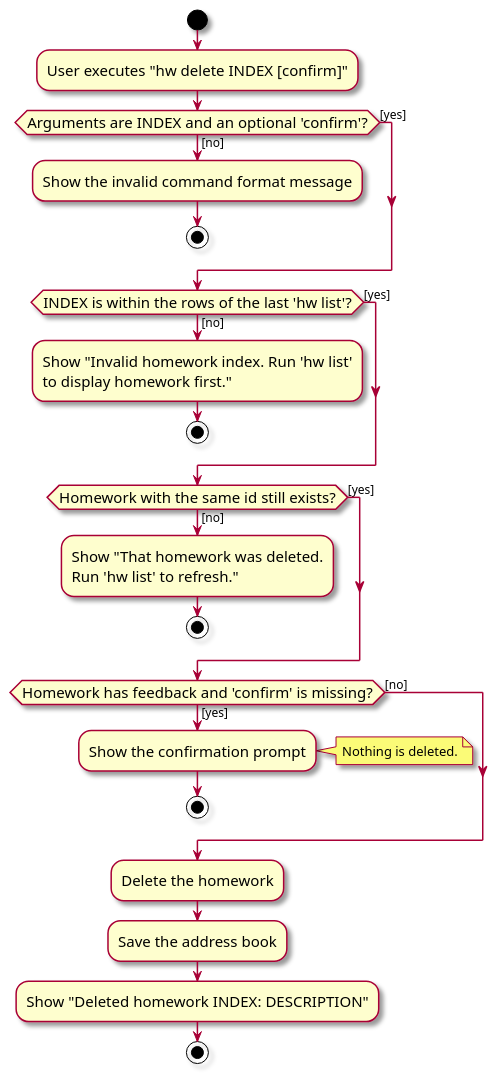
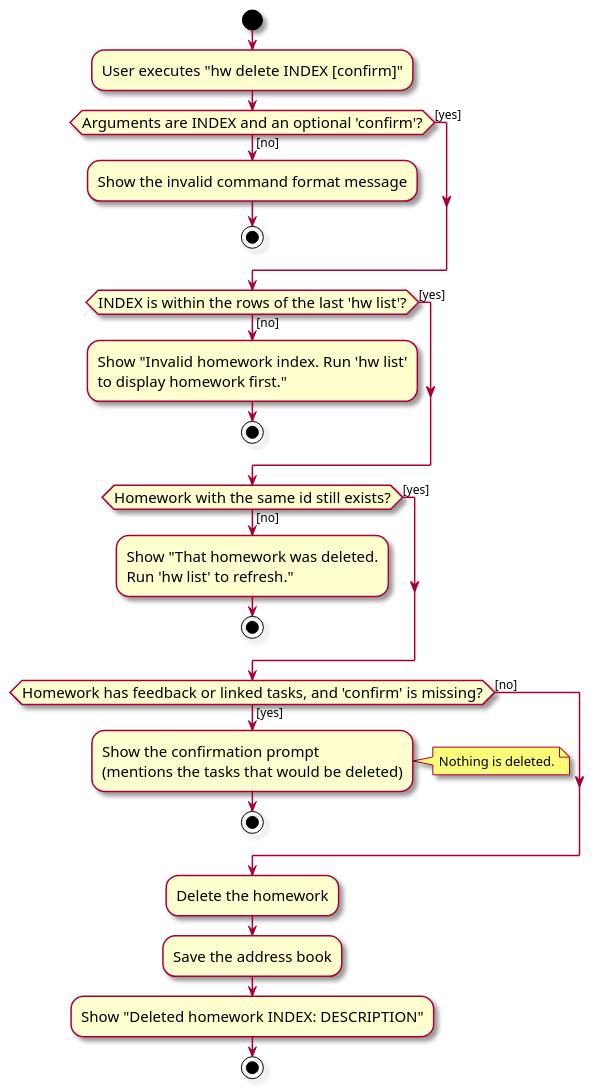
Before and after one commit to AY2627S1-CS2103T-F15-1/tp: the diagram in diagrams/HomeworkDeleteActivityDiagram.puml, drawn with PlantUML. The commit also changed 36 other files, not shown here.

```diff
--- a/diagrams/HomeworkDeleteActivityDiagram.puml
+++ b/diagrams/HomeworkDeleteActivityDiagram.puml
@@ -1,40 +1,41 @@
 @startuml
 skin rose
 skinparam ActivityFontSize 15
 skinparam ArrowFontSize 12
 
 start
 :User executes "hw delete INDEX [confirm]";
 
 if (Arguments are INDEX and an optional 'confirm'?) then ([no])
     :Show the invalid command format message;
     stop
 else ([yes])
 endif
 
 if (INDEX is within the rows of the last 'hw list'?) then ([no])
     :Show "Invalid homework index. Run 'hw list'
     to display homework first.";
     stop
 else ([yes])
 endif
 
 if (Homework with the same id still exists?) then ([no])
     :Show "That homework was deleted.
     Run 'hw list' to refresh.";
     stop
 else ([yes])
 endif
 
-if (Homework has feedback and 'confirm' is missing?) then ([yes])
-    :Show the confirmation prompt;
+if (Homework has feedback or linked tasks, and 'confirm' is missing?) then ([yes])
+    :Show the confirmation prompt
+    (mentions the tasks that would be deleted);
     note right: Nothing is deleted.
     stop
 else ([no])
 endif
 
 :Delete the homework;
 :Save the address book;
 :Show "Deleted homework INDEX: DESCRIPTION";
 stop
 @enduml
```
